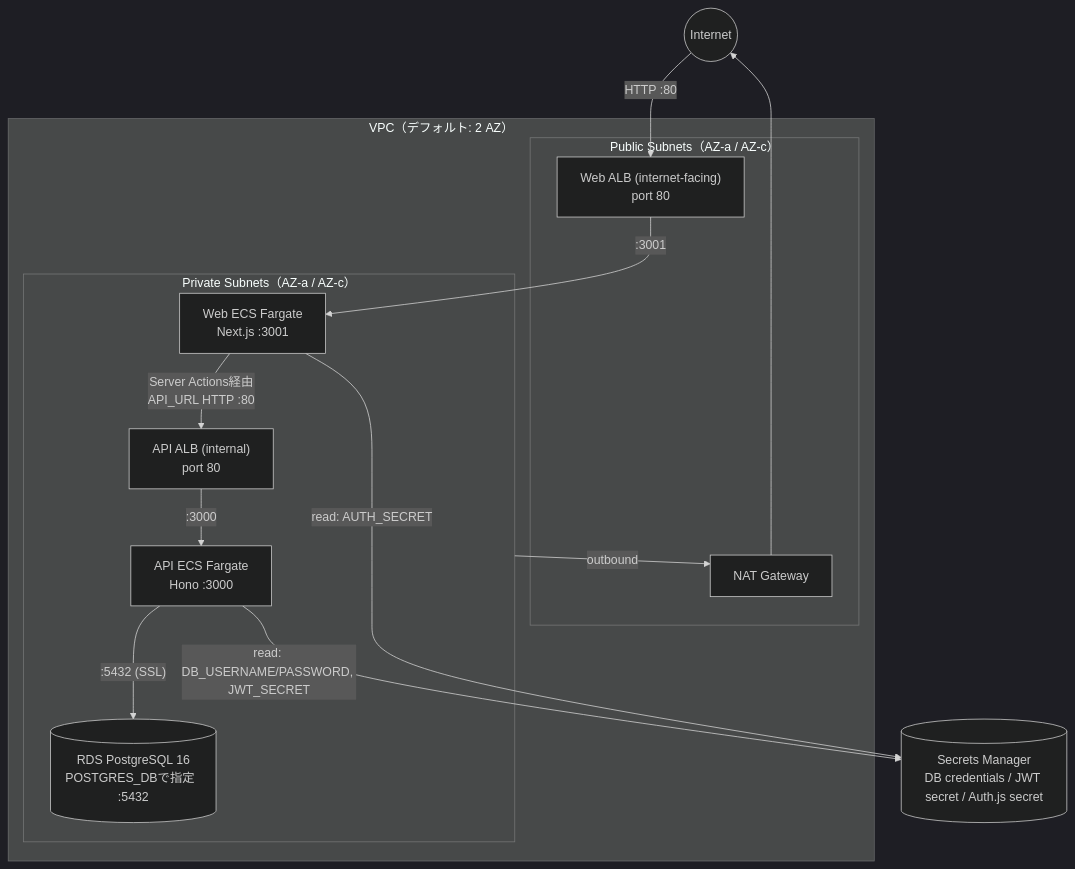
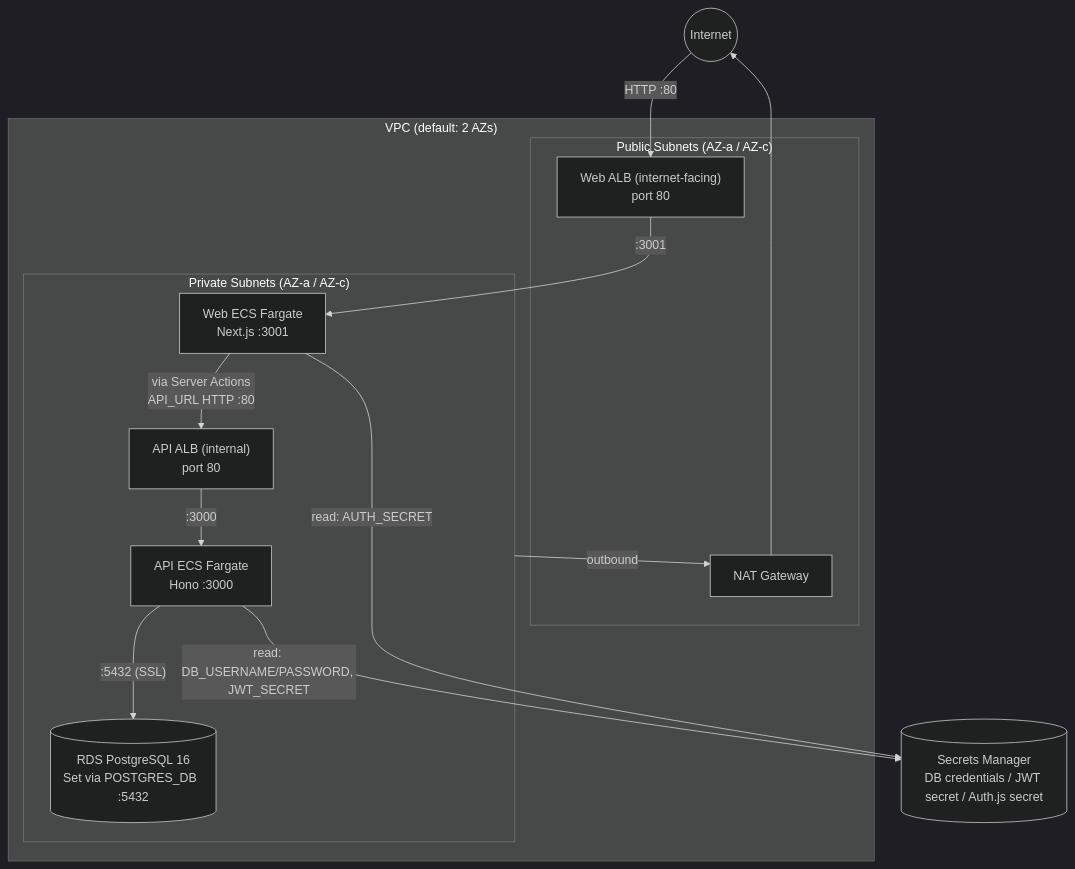
Before and after one commit to kenwoo9y/forge-ts: the third of 5 diagrams in docs/infra-architecture.md, drawn with Mermaid (dark theme). The commit also changed other lines of this file and 10 other files, not shown here.

````diff
--- a/docs/infra-architecture.md
+++ b/docs/infra-architecture.md
@@ -131,30 +131,30 @@
 ```mermaid
 graph TB
     Internet(("Internet"))
 
-    subgraph VPC["VPC（デフォルト: 2 AZ）"]
-        subgraph Public["Public Subnets（AZ-a / AZ-c）"]
+    subgraph VPC["VPC (default: 2 AZs)"]
+        subgraph Public["Public Subnets (AZ-a / AZ-c)"]
             NAT["NAT Gateway"]
             WebALB["Web ALB (internet-facing)\nport 80"]
         end
 
-        subgraph Private["Private Subnets（AZ-a / AZ-c）"]
+        subgraph Private["Private Subnets (AZ-a / AZ-c)"]
             ApiALB["API ALB (internal)\nport 80"]
             WebECS["Web ECS Fargate\nNext.js  :3001"]
             ApiECS["API ECS Fargate\nHono  :3000"]
-            RDS[("RDS PostgreSQL 16\nPOSTGRES_DBで指定  :5432")]
+            RDS[("RDS PostgreSQL 16\nSet via POSTGRES_DB  :5432")]
         end
     end
 
     SM[("Secrets Manager\nDB credentials / JWT secret / Auth.js secret")]
 
     Internet -->|"HTTP :80"| WebALB
     WebALB -->|":3001"| WebECS
-    WebECS -->|"Server Actions経由\nAPI_URL  HTTP :80"| ApiALB
+    WebECS -->|"via Server Actions\nAPI_URL  HTTP :80"| ApiALB
     ApiALB -->|":3000"| ApiECS
     ApiECS -->|":5432 (SSL)"| RDS
     ApiECS -->|"read: DB_USERNAME/PASSWORD, JWT_SECRET"| SM
     WebECS -->|"read: AUTH_SECRET"| SM
     Private -->|"outbound"| NAT
     NAT --> Internet
 ```
````
